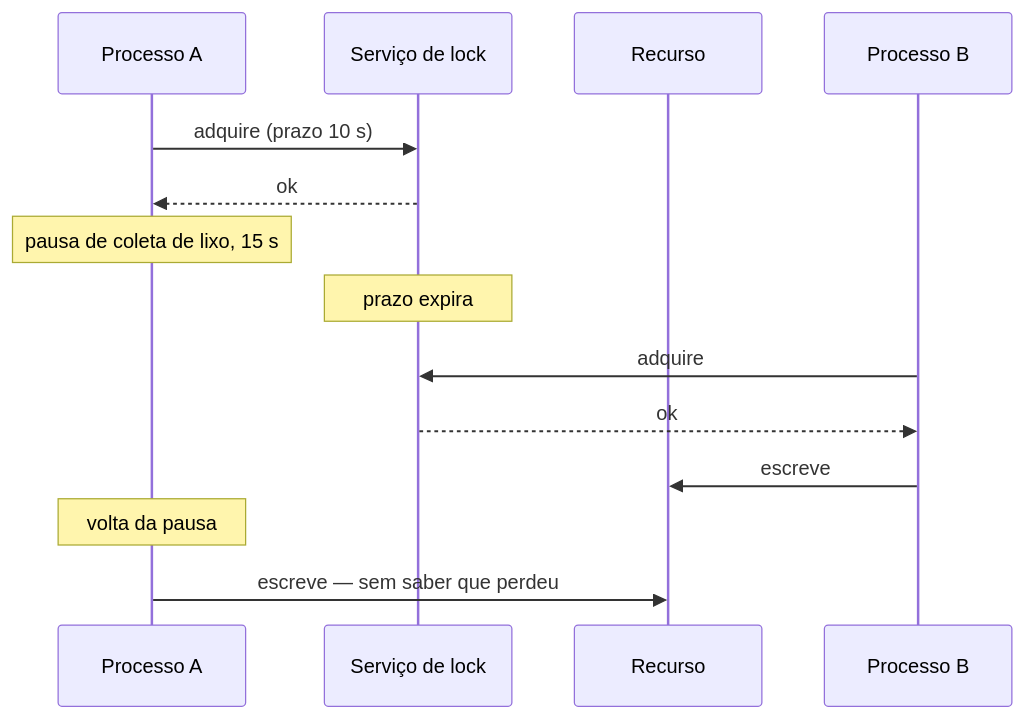
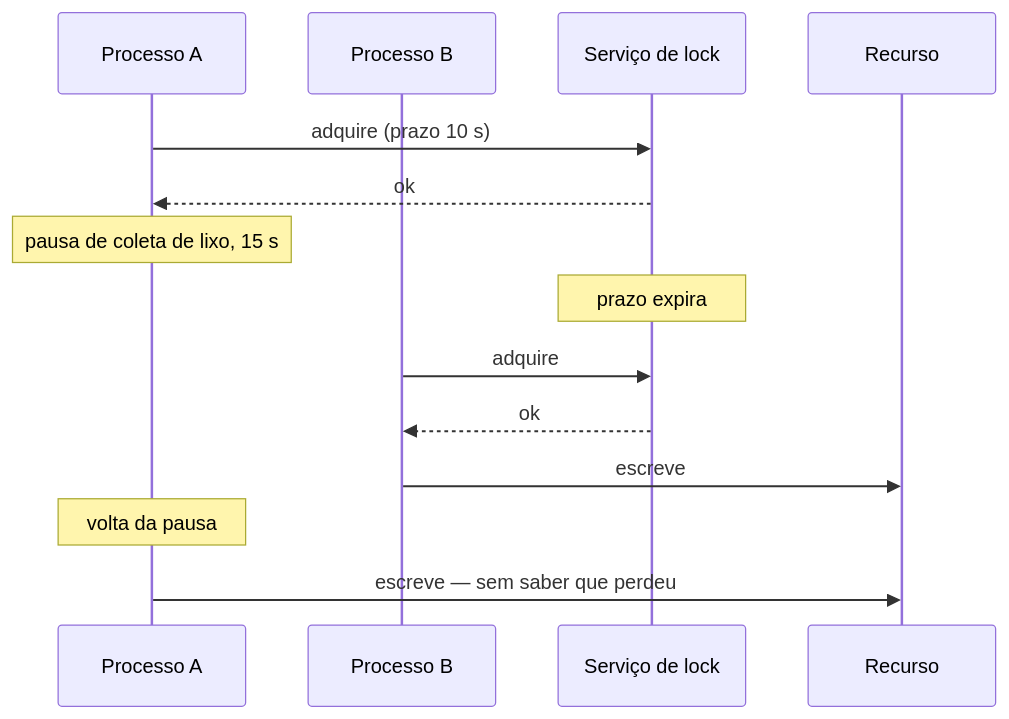
The diagram in docs/06-distributed-systems/distributed-locks.md (oadcavalcante/software-architecture-mastery), drawn with Mermaid before and after one commit. The commit also changed other lines of this file and 21 other files, not shown here.

````diff
--- a/docs/06-distributed-systems/distributed-locks.md
+++ b/docs/06-distributed-systems/distributed-locks.md
@@ -43,16 +43,16 @@
 ```mermaid
 sequenceDiagram
   participant A as Processo A
+  participant B as Processo B
   participant L as Serviço de lock
   participant R as Recurso
   A->>L: adquire (prazo 10 s)
   L-->>A: ok
   Note over A: pausa de coleta de lixo, 15 s
   Note over L: prazo expira
-  participant B as Processo B
   B->>L: adquire
   L-->>B: ok
   B->>R: escreve
   Note over A: volta da pausa
   A->>R: escreve — sem saber que perdeu
 ```
````
